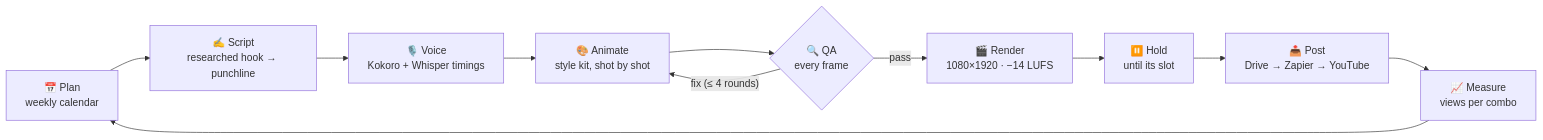
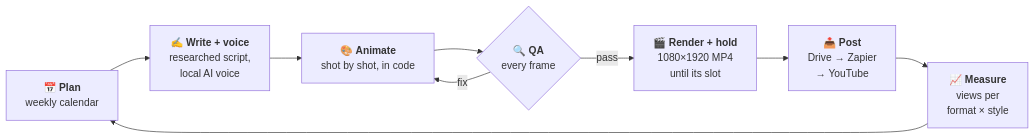
One commit to sunny-ctrl-alt-del/faceless-shorts-studio changed the diagram in README.md. Above: the diagram before and after it, drawn with Mermaid.

Commit message:
README: larger, simpler pipeline diagram

````diff
--- a/README.md
+++ b/README.md
@@ -100,13 +100,11 @@
 ```mermaid
 flowchart LR
-  P["📅 Plan<br/>weekly calendar"] --> S["✍️ Script<br/>researched hook → punchline"]
-  S --> V["🎙️ Voice<br/>Kokoro + Whisper timings"]
-  V --> A["🎨 Animate<br/>style kit, shot by shot"]
-  A --> Q{"🔍 QA<br/>every frame"}
-  Q -- "fix (≤ 4 rounds)" --> A
-  Q -- pass --> R["🎬 Render<br/>1080×1920 · −14 LUFS"]
-  R --> H["⏸️ Hold<br/>until its slot"]
-  H --> U["📤 Post<br/>Drive → Zapier → YouTube"]
-  U --> M["📈 Measure<br/>views per combo"]
+  P["📅 <b>Plan</b><br/>weekly calendar"] --> W["✍️ <b>Write + voice</b><br/>researched script,<br/>local AI voice"]
+  W --> A["🎨 <b>Animate</b><br/>shot by shot, in code"]
+  A --> Q{"🔍 <b>QA</b><br/>every frame"}
+  Q -- fix --> A
+  Q -- pass --> R["🎬 <b>Render + hold</b><br/>1080×1920 MP4<br/>until its slot"]
+  R --> U["📤 <b>Post</b><br/>Drive → Zapier<br/>→ YouTube"]
+  U --> M["📈 <b>Measure</b><br/>views per<br/>format × style"]
   M --> P
 ```
````
